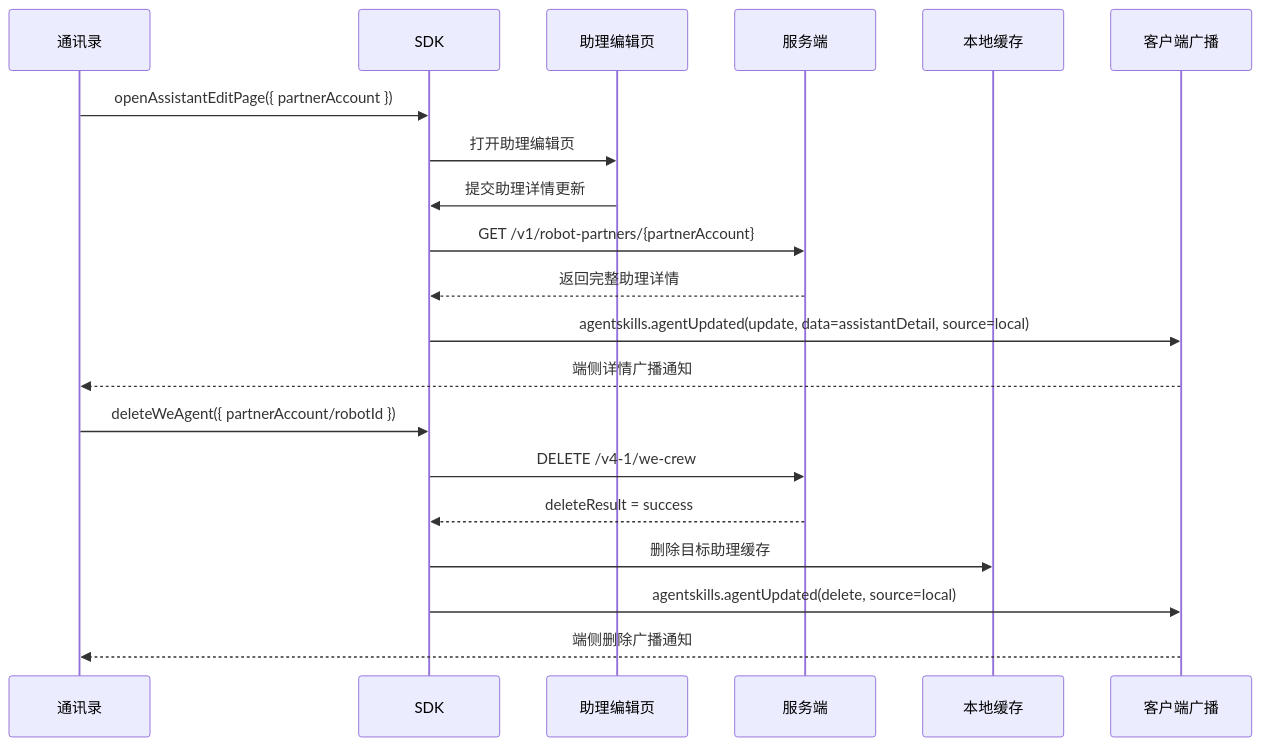
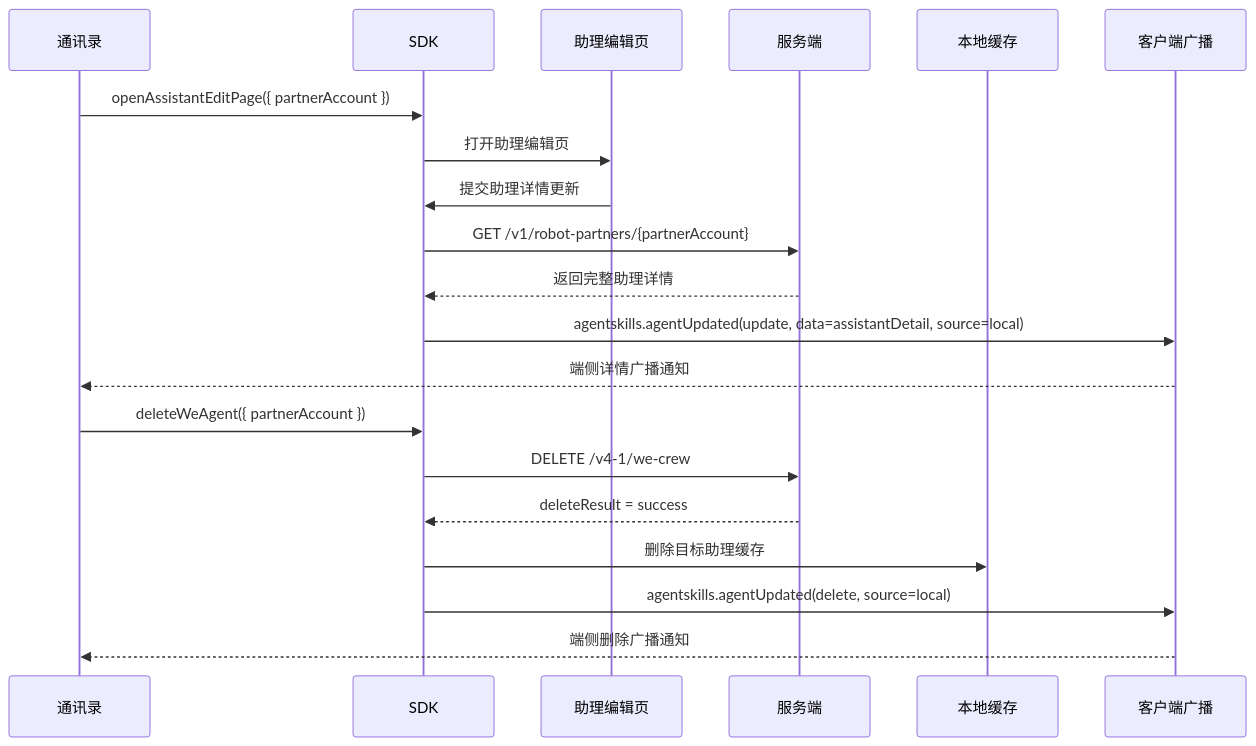
Before and after one commit to Abelsjcheng/skillSDK: the ninth of 10 diagrams in 2026-05-08-we-agent-detail-sync-plan.md, drawn with Mermaid. The commit also changed other lines of this file and 1 other file, not shown here.

````diff
--- a/2026-05-08-we-agent-detail-sync-plan.md
+++ b/2026-05-08-we-agent-detail-sync-plan.md
@@ -483,23 +462,23 @@
 ```mermaid
 sequenceDiagram
     participant Contact as 通讯录
     participant SDK as SDK
     participant Edit as 助理编辑页
     participant Server as 服务端
     participant Cache as 本地缓存
     participant Broadcast as 客户端广播
 
     Contact->>SDK: openAssistantEditPage({ partnerAccount })
     SDK->>Edit: 打开助理编辑页
     Edit->>SDK: 提交助理详情更新
     SDK->>Server: GET /v1/robot-partners/{partnerAccount}
     Server-->>SDK: 返回完整助理详情
     SDK->>Broadcast: agentskills.agentUpdated(update, data=assistantDetail, source=local)
     Broadcast-->>Contact: 端侧详情广播通知
-    Contact->>SDK: deleteWeAgent({ partnerAccount/robotId })
+    Contact->>SDK: deleteWeAgent({ partnerAccount })
     SDK->>Server: DELETE /v4-1/we-crew
     Server-->>SDK: deleteResult = success
     SDK->>Cache: 删除目标助理缓存
     SDK->>Broadcast: agentskills.agentUpdated(delete, source=local)
     Broadcast-->>Contact: 端侧删除广播通知
 ```
````
